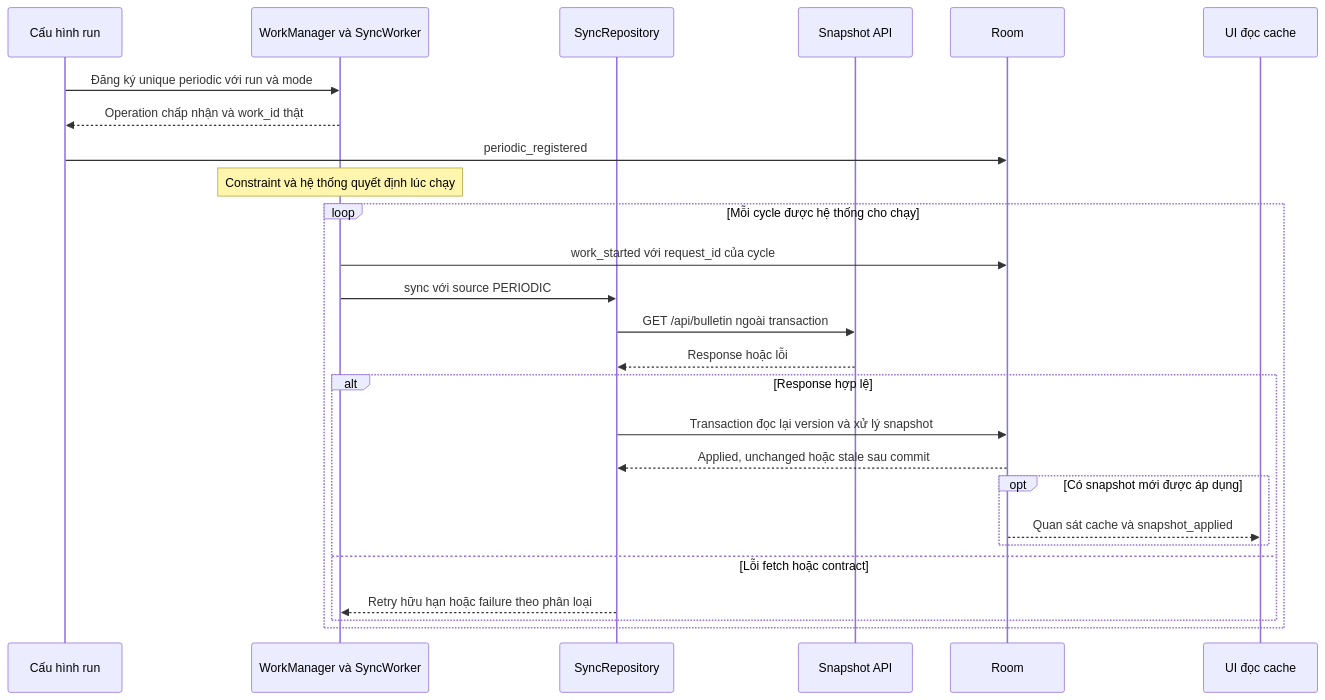
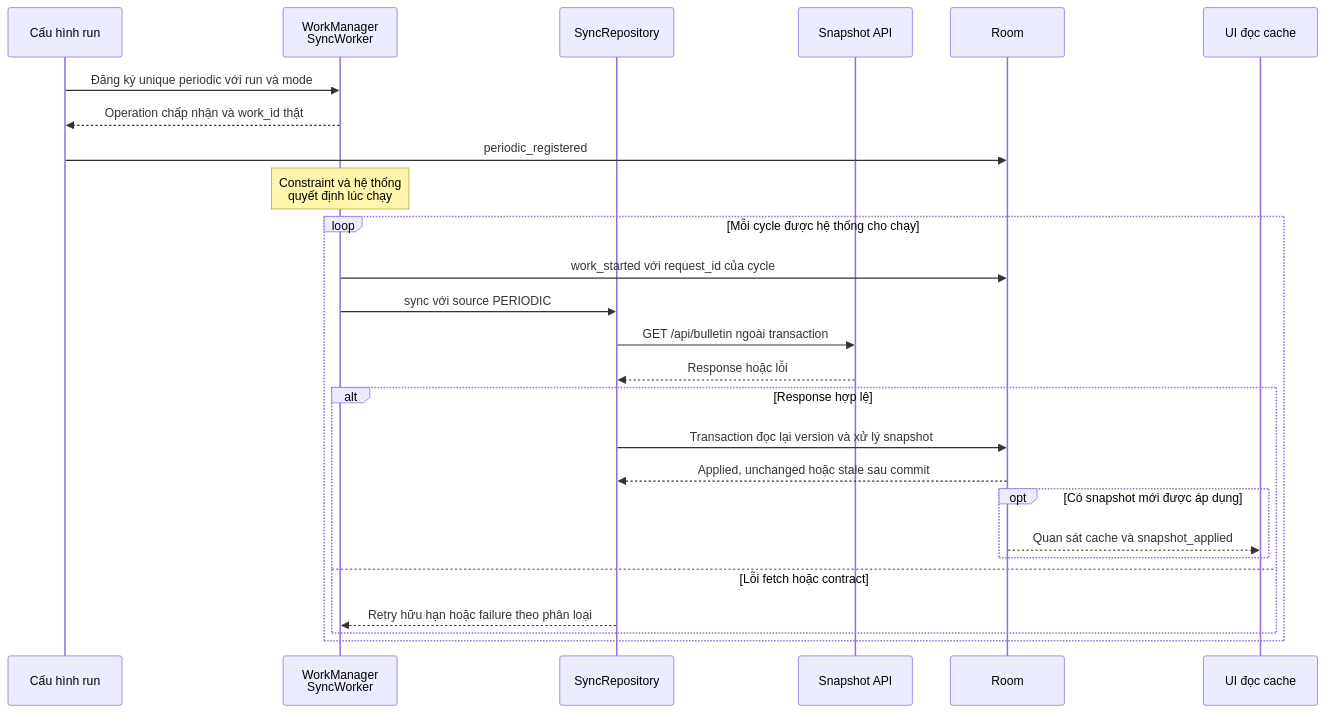
The first of 2 diagrams in docs/MECHANISMS.md (ThanhTris/Seminar-IE307), drawn with Mermaid before and after one commit. The commit also changed other lines of this file and 3 other files, not shown here.

Commit message:
docs(SEM-19): verify diagrams and complete handoff

````diff
--- a/docs/MECHANISMS.md
+++ b/docs/MECHANISMS.md
@@ -42,28 +42,28 @@
 ```mermaid
 sequenceDiagram
     participant C as Cấu hình run
-    participant W as WorkManager và SyncWorker
+    participant W as WorkManager<br/>SyncWorker
     participant R as SyncRepository
     participant S as Snapshot API
     participant D as Room
     participant U as UI đọc cache
     C->>W: Đăng ký unique periodic với run và mode
     W-->>C: Operation chấp nhận và work_id thật
     C->>D: periodic_registered
-    Note over W: Constraint và hệ thống quyết định lúc chạy
+    Note over W: Constraint và hệ thống<br/>quyết định lúc chạy
     loop Mỗi cycle được hệ thống cho chạy
         W->>D: work_started với request_id của cycle
         W->>R: sync với source PERIODIC
         R->>S: GET /api/bulletin ngoài transaction
         S-->>R: Response hoặc lỗi
         alt Response hợp lệ
             R->>D: Transaction đọc lại version và xử lý snapshot
             D-->>R: Applied, unchanged hoặc stale sau commit
             opt Có snapshot mới được áp dụng
                 D-->>U: Quan sát cache và snapshot_applied
             end
         else Lỗi fetch hoặc contract
             R-->>W: Retry hữu hạn hoặc failure theo phân loại
         end
     end
 ```
````
